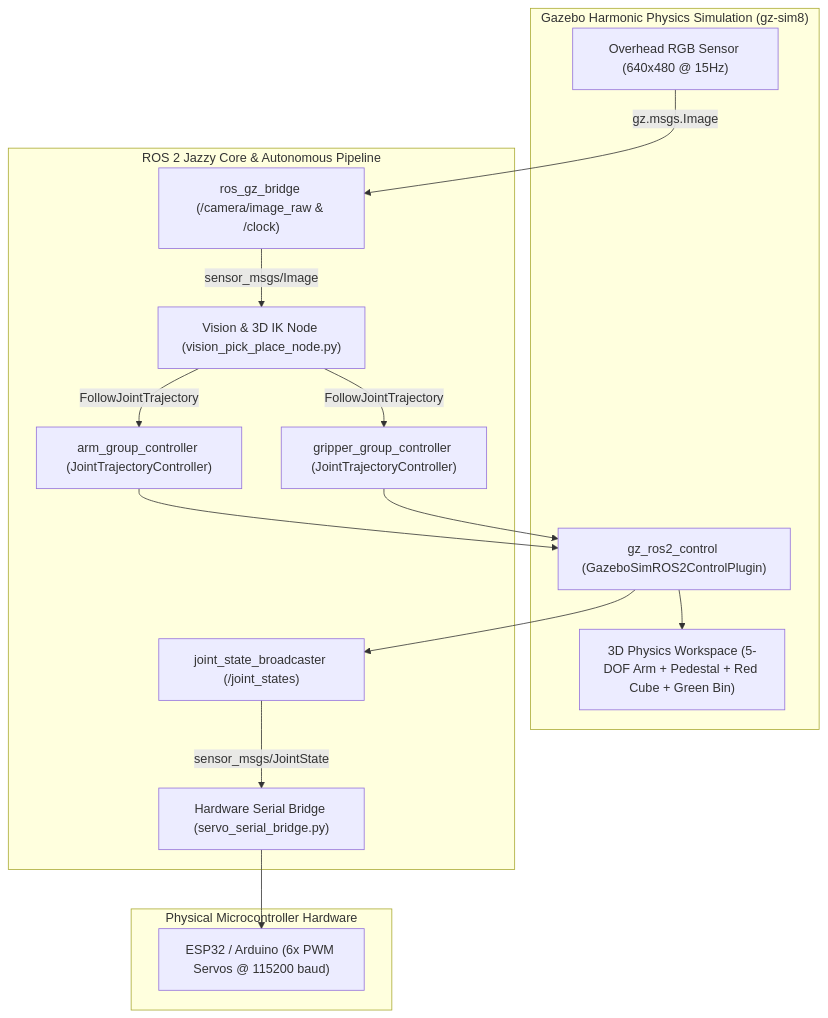
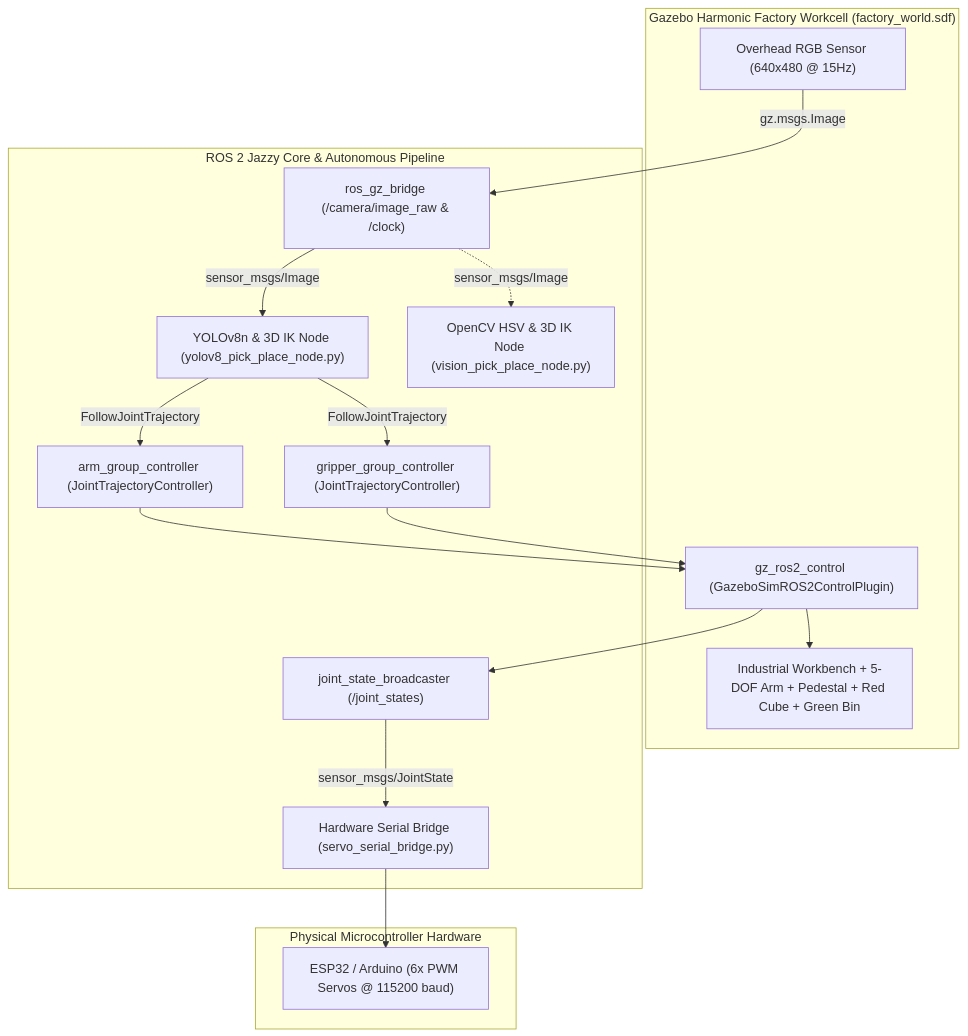
The first of 2 diagrams in README.md (Yashs2024/autonomous-5dof-pick-place), drawn with Mermaid before and after one commit. The commit also changed other lines of this file and 7 other files, not shown here.

Commit message:
feat: Add YOLOv8n vision node with live FPS HUD and industrial factory workbench world

````diff
--- a/README.md
+++ b/README.md
@@ -41,32 +43,34 @@
 ```mermaid
 graph TD
-    subgraph Gazebo_Harmonic ["Gazebo Harmonic Physics Simulation (gz-sim8)"]
+    subgraph Gazebo_Harmonic ["Gazebo Harmonic Factory Workcell (factory_world.sdf)"]
         CAM["Overhead RGB Sensor (640x480 @ 15Hz)"]
-        WORLD["3D Physics Workspace (5-DOF Arm + Pedestal + Red Cube + Green Bin)"]
+        WORLD["Industrial Workbench + 5-DOF Arm + Pedestal + Red Cube + Green Bin"]
         GZ_CTRL["gz_ros2_control (GazeboSimROS2ControlPlugin)"]
     end
 
     subgraph ROS2_Pipeline ["ROS 2 Jazzy Core & Autonomous Pipeline"]
         BRIDGE["ros_gz_bridge (/camera/image_raw & /clock)"]
-        VISION["Vision & 3D IK Node (vision_pick_place_node.py)"]
+        YOLO["YOLOv8n & 3D IK Node (yolov8_pick_place_node.py)"]
+        VISION["OpenCV HSV & 3D IK Node (vision_pick_place_node.py)"]
         JTC_ARM["arm_group_controller (JointTrajectoryController)"]
         JTC_GRIP["gripper_group_controller (JointTrajectoryController)"]
         JSB["joint_state_broadcaster (/joint_states)"]
         SERIAL["Hardware Serial Bridge (servo_serial_bridge.py)"]
     end
 
     subgraph Physical_Hardware ["Physical Microcontroller Hardware"]
         MCU["ESP32 / Arduino (6x PWM Servos @ 115200 baud)"]
     end
 
     CAM -->|gz.msgs.Image| BRIDGE
-    BRIDGE -->|sensor_msgs/Image| VISION
-    VISION -->|FollowJointTrajectory| JTC_ARM
-    VISION -->|FollowJointTrajectory| JTC_GRIP
+    BRIDGE -->|sensor_msgs/Image| YOLO
+    BRIDGE -.->|sensor_msgs/Image| VISION
+    YOLO -->|FollowJointTrajectory| JTC_ARM
+    YOLO -->|FollowJointTrajectory| JTC_GRIP
     JTC_ARM --> GZ_CTRL
     JTC_GRIP --> GZ_CTRL
     GZ_CTRL --> WORLD
     GZ_CTRL --> JSB
     JSB -->|sensor_msgs/JointState| SERIAL
     SERIAL -->|"<S1,S2,S3,S4,S5,S6>"| MCU
 ```
````
